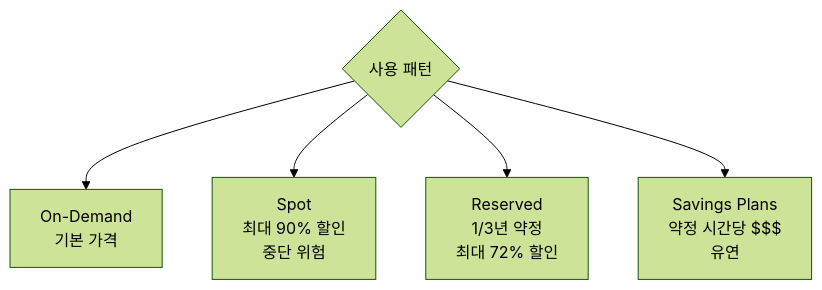
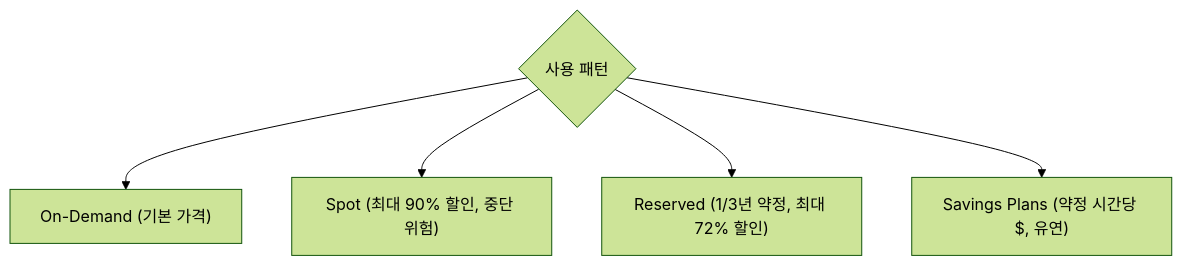
The first of 2 diagrams in src/content/wiki/cloud/aws-ec2.mdx (shinkeonkim/shinkeonkim.github.io), drawn with Mermaid (forest theme) before and after one commit. The commit also changed other lines of this file and 526 other files, not shown here.

First line of the commit message:
content(wiki): 전수조사 및 대규모 보강 (짧은 파일 0, mermaid +645)

````diff
--- a/src/content/wiki/cloud/aws-ec2.mdx
+++ b/src/content/wiki/cloud/aws-ec2.mdx
@@ -52,8 +64,8 @@
 ```mermaid
 flowchart TB
     Q{사용 패턴}
-    Q --> OD[On-Demand<br/>기본 가격]
-    Q --> Spot[Spot<br/>최대 90% 할인<br/>중단 위험]
-    Q --> Reserved[Reserved<br/>1/3년 약정<br/>최대 72% 할인]
-    Q --> SP[Savings Plans<br/>약정 시간당 $$$<br/>유연]
+    Q --> OD["On-Demand (기본 가격)"]
+    Q --> Spot["Spot (최대 90% 할인, 중단 위험)"]
+    Q --> Reserved["Reserved (1/3년 약정, 최대 72% 할인)"]
+    Q --> SP["Savings Plans (약정 시간당 $, 유연)"]
 ```
````
